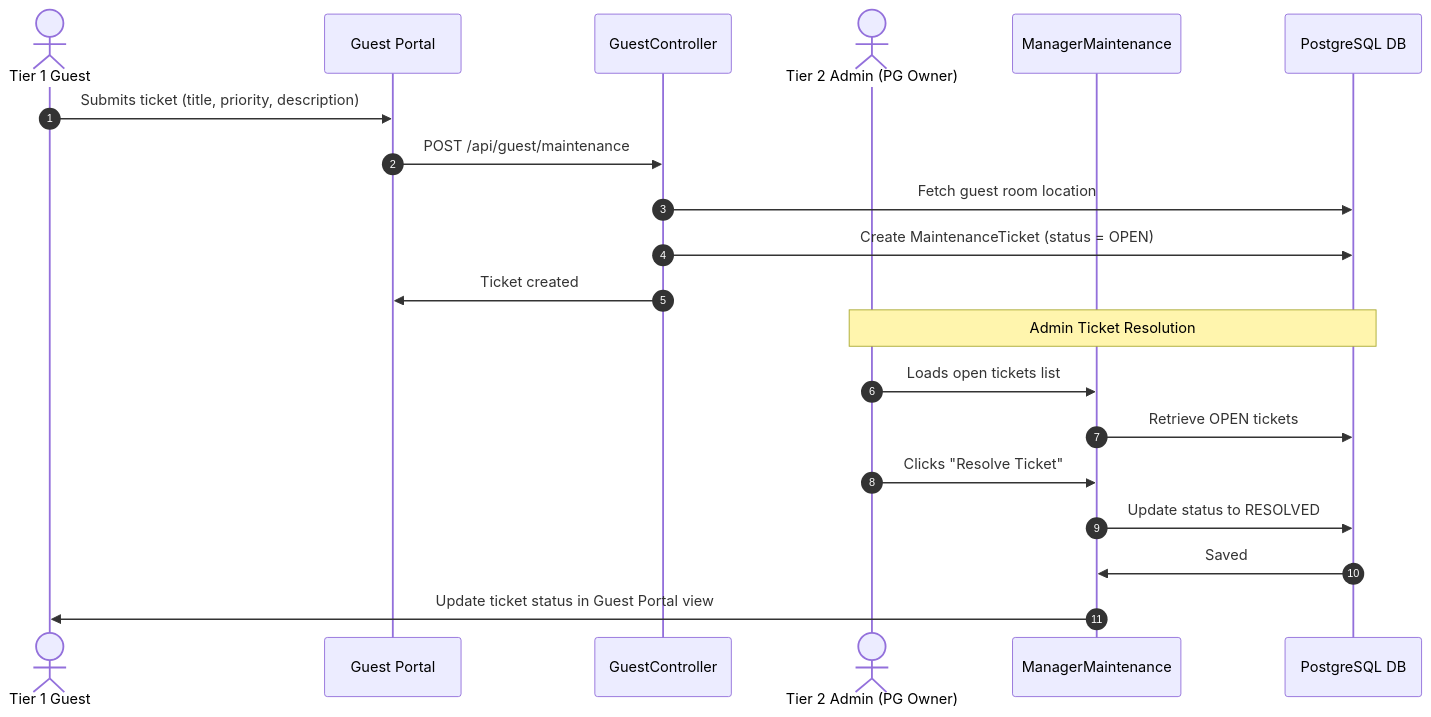
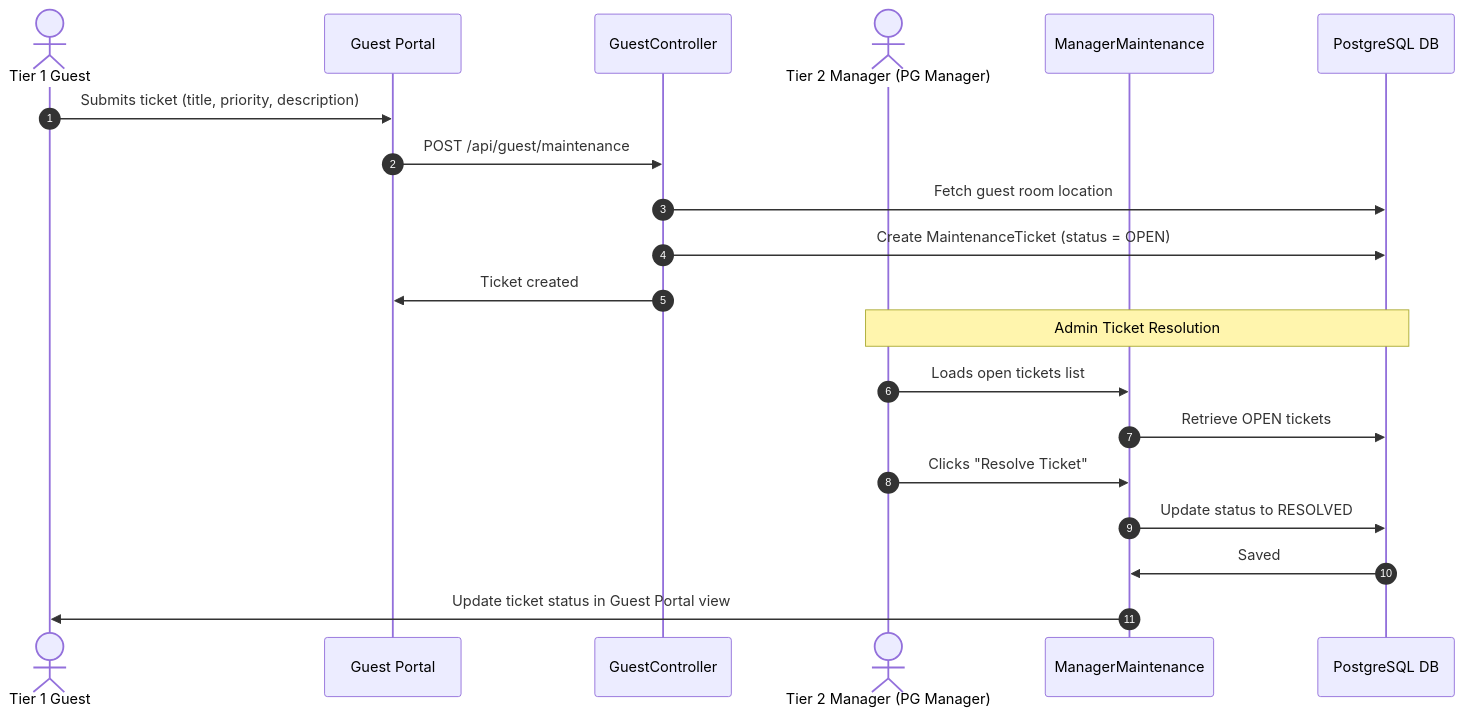
The seventh of 21 diagrams in docs/WORKFLOWS.md (rahul-0906/PG-Project), drawn with Mermaid before and after one commit. The commit also changed other lines of this file and 2 other files, not shown here.

Commit message:
Audit and sync role mappings and boundaries across calculation engine, file architecture, and workflows docs

````diff
--- a/docs/WORKFLOWS.md
+++ b/docs/WORKFLOWS.md
@@ -217,24 +217,24 @@
 ```mermaid
 sequenceDiagram
     autonumber
     actor Guest as Tier 1 Guest
     participant Portal as Guest Portal
     participant Controller as GuestController
-    actor Admin as Tier 2 Admin (PG Owner)
+    actor Admin as Tier 2 Manager (PG Manager)
     participant MgrApp as ManagerMaintenance
     participant DB as PostgreSQL DB
 
     Guest->>Portal: Submits ticket (title, priority, description)
     Portal->>Controller: POST /api/guest/maintenance
     Controller->>DB: Fetch guest room location
     Controller->>DB: Create MaintenanceTicket (status = OPEN)
     Controller->>Portal: Ticket created
     
     Note over Admin, DB: Admin Ticket Resolution
     Admin->>MgrApp: Loads open tickets list
     MgrApp->>DB: Retrieve OPEN tickets
     Admin->>MgrApp: Clicks "Resolve Ticket"
     MgrApp->>DB: Update status to RESOLVED
     DB->>MgrApp: Saved
     MgrApp->>Guest: Update ticket status in Guest Portal view
 ```
````
